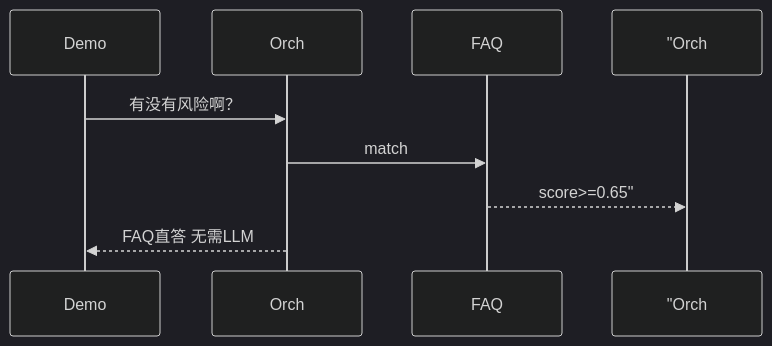
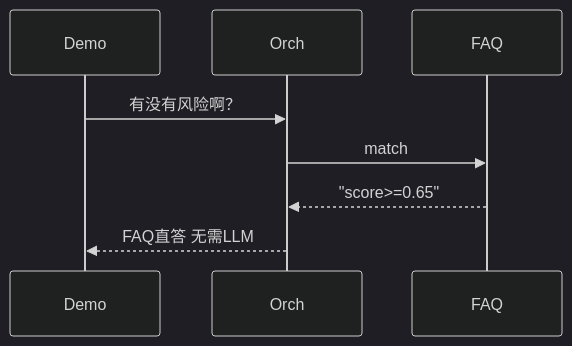
The diagram in course/day21/06_课堂笔记_下午.md (ab6539763/70_days_course_plus), drawn with Mermaid (dark theme) before and after one commit. The commit also changed 80 other files, not shown here.

First line of the commit message:
fix(course): 修复 Mermaid 图表渲染报错 + 同步嵌入代码快照

````diff
--- a/course/day21/06_课堂笔记_下午.md
+++ b/course/day21/06_课堂笔记_下午.md
@@ -78,10 +78,10 @@
 ```mermaid
 sequenceDiagram
     participant Demo
     participant Orch
     participant FAQ
     Demo->>Orch: 有没有风险啊？
     Orch->>FAQ: match
-    FAQ-->> "Orch: score>=0.65"
+    FAQ-->>Orch: "score>=0.65"
     Orch-->>Demo: FAQ直答 无需LLM
 ```
````
